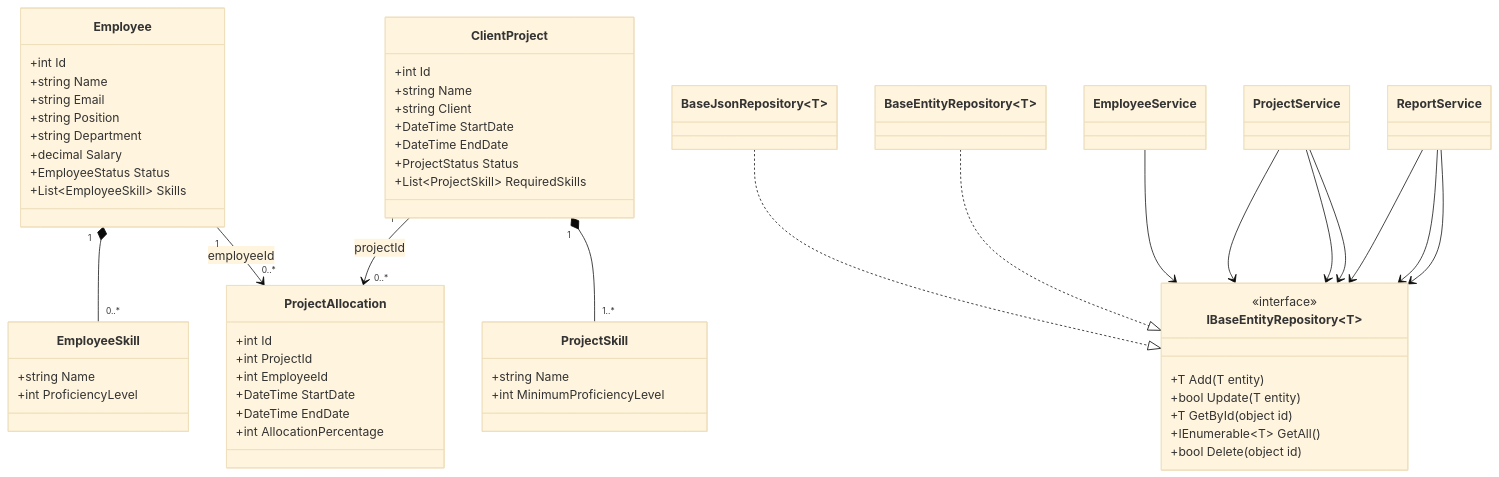
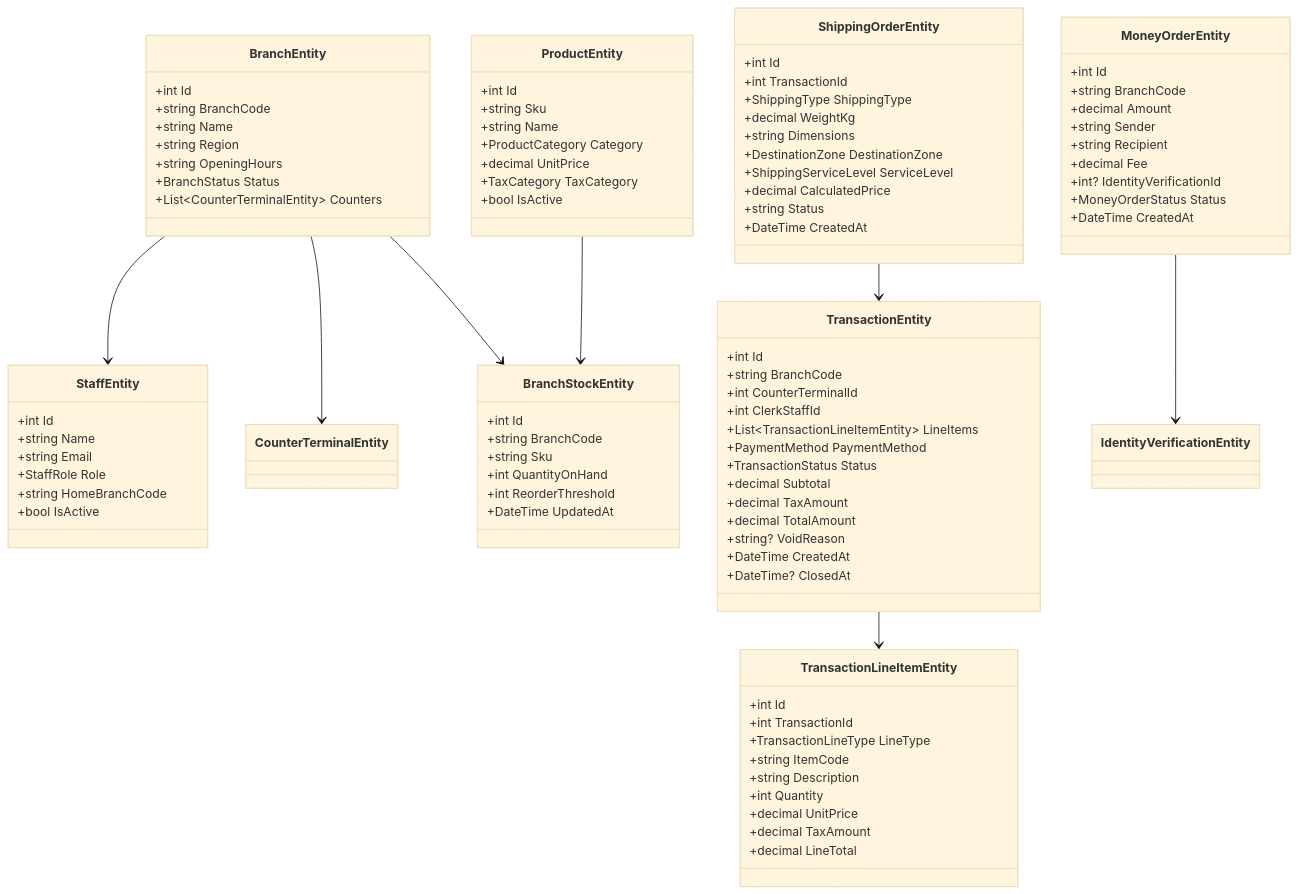
One commit to ashutoshgubreleag/ResourceManagementSystem_Assignment1 changed the second of 3 diagrams in DESIGN.md. Above: the diagram before and after it, drawn with Mermaid (base theme). The commit also changed other lines of this file and 59 other files, not shown here.

````diff
--- a/DESIGN.md
+++ b/DESIGN.md
@@ -39,71 +25,101 @@
 ```mermaid
 classDiagram
-	class Employee {
+	class BranchEntity {
+		+int Id
+		+string BranchCode
+		+string Name
+		+string Region
+		+string OpeningHours
+		+BranchStatus Status
+		+List~CounterTerminalEntity~ Counters
+	}
+
+	class StaffEntity {
 		+int Id
 		+string Name
 		+string Email
-		+string Position
-		+string Department
-		+decimal Salary
-		+EmployeeStatus Status
-		+List~EmployeeSkill~ Skills
+		+StaffRole Role
+		+string HomeBranchCode
+		+bool IsActive
 	}
 
-	class EmployeeSkill {
+	class ProductEntity {
+		+int Id
+		+string Sku
 		+string Name
-		+int ProficiencyLevel
+		+ProductCategory Category
+		+decimal UnitPrice
+		+TaxCategory TaxCategory
+		+bool IsActive
 	}
 
-	class ClientProject {
+	class BranchStockEntity {
 		+int Id
-		+string Name
-		+string Client
-		+DateTime StartDate
-		+DateTime EndDate
-		+ProjectStatus Status
-		+List~ProjectSkill~ RequiredSkills
+		+string BranchCode
+		+string Sku
+		+int QuantityOnHand
+		+int ReorderThreshold
+		+DateTime UpdatedAt
 	}
 
-	class ProjectSkill {
-		+string Name
-		+int MinimumProficiencyLevel
+	class ShippingOrderEntity {
+		+int Id
+		+int TransactionId
+		+ShippingType ShippingType
+		+decimal WeightKg
+		+string Dimensions
+		+DestinationZone DestinationZone
+		+ShippingServiceLevel ServiceLevel
+		+decimal CalculatedPrice
+		+string Status
+		+DateTime CreatedAt
 	}
 
-	class ProjectAllocation {
+	class MoneyOrderEntity {
 		+int Id
-		+int ProjectId
-		+int EmployeeId
-		+DateTime StartDate
-		+DateTime EndDate
-		+int AllocationPercentage
+		+string BranchCode
+		+decimal Amount
+		+string Sender
+		+string Recipient
+		+decimal Fee
+		+int? IdentityVerificationId
+		+MoneyOrderStatus Status
+		+DateTime CreatedAt
 	}
 
-	class IBaseEntityRepository~T~ {
-		<<interface>>
-		+T Add(T entity)
-		+bool Update(T entity)
-		+T GetById(object id)
-		+IEnumerable~T~ GetAll()
-		+bool Delete(object id)
+	class TransactionEntity {
+		+int Id
+		+string BranchCode
+		+int CounterTerminalId
+		+int ClerkStaffId
+		+List~TransactionLineItemEntity~ LineItems
+		+PaymentMethod PaymentMethod
+		+TransactionStatus Status
+		+decimal Subtotal
+		+decimal TaxAmount
+		+decimal TotalAmount
+		+string? VoidReason
+		+DateTime CreatedAt
+		+DateTime? ClosedAt
 	}
 
-	class BaseJsonRepository~T~
-	class BaseEntityRepository~T~
-	class EmployeeService
-	class ProjectService
-	class ReportService
+	class TransactionLineItemEntity {
+		+int Id
+		+int TransactionId
+		+TransactionLineType LineType
+		+string ItemCode
+		+string Description
+		+int Quantity
+		+decimal UnitPrice
+		+decimal TaxAmount
+		+decimal LineTotal
+	}
 
-	Employee "1" *-- "0..*" EmployeeSkill
-	ClientProject "1" *-- "1..*" ProjectSkill
-	Employee "1" --> "0..*" ProjectAllocation : employeeId
-	ClientProject "1" --> "0..*" ProjectAllocation : projectId
-	BaseJsonRepository~T~ ..|> IBaseEntityRepository~T~
-	BaseEntityRepository~T~ ..|> IBaseEntityRepository~T~
-	EmployeeService --> IBaseEntityRepository~Employee~
-	ProjectService --> IBaseEntityRepository~Employee~
-	ProjectService --> IBaseEntityRepository~ClientProject~
-	ProjectService --> IBaseEntityRepository~ProjectAllocation~
-	ReportService --> IBaseEntityRepository~Employee~
-	ReportService --> IBaseEntityRepository~ClientProject~
-	ReportService --> IBaseEntityRepository~ProjectAllocation~
+	BranchEntity --> StaffEntity
+	BranchEntity --> CounterTerminalEntity
+	BranchEntity --> BranchStockEntity
+	ProductEntity --> BranchStockEntity
+	TransactionEntity --> TransactionLineItemEntity
+	ShippingOrderEntity --> TransactionEntity
+	MoneyOrderEntity --> IdentityVerificationEntity
 ```
````
